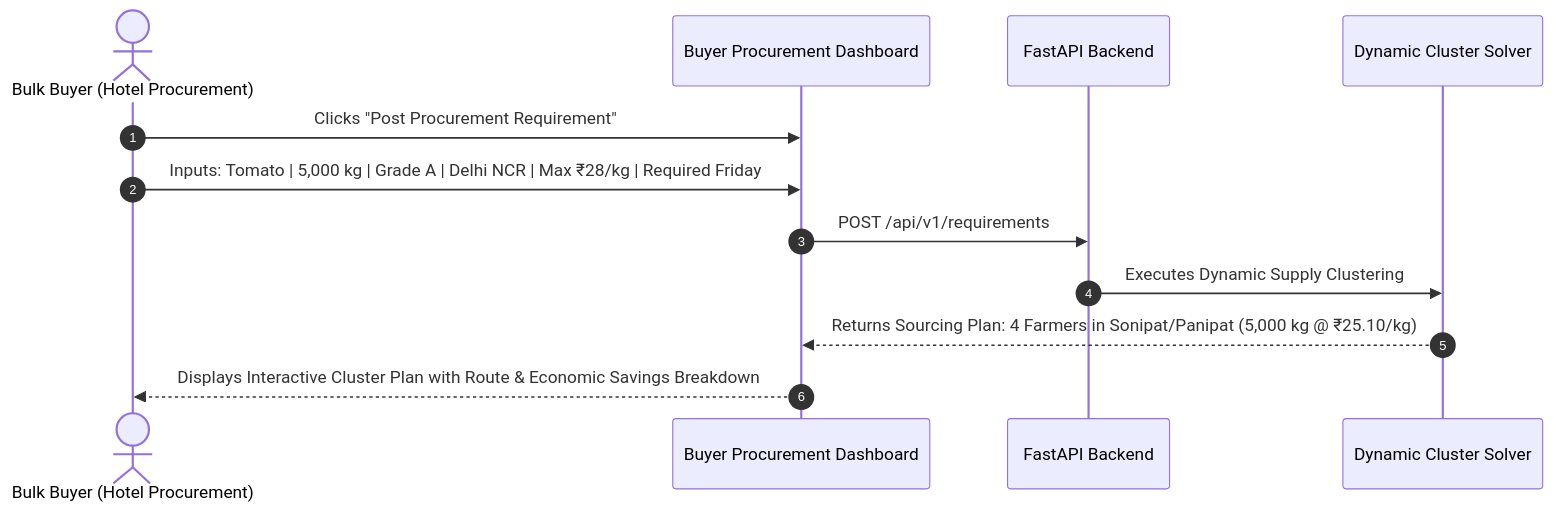
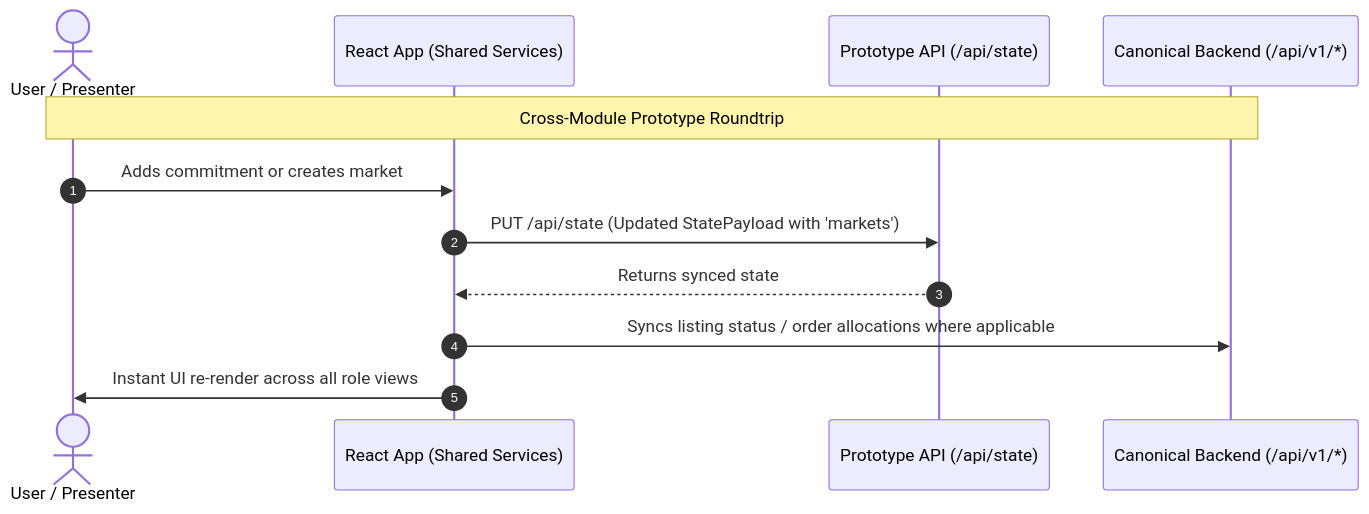
Before and after one commit to vanshbahl/KisanLink: the ninth of 9 diagrams in DOCS/FLOWS.md, drawn with Mermaid. The commit also changed other lines of this file and 11 other files, not shown here.

````diff
--- a/DOCS/FLOWS.md
+++ b/DOCS/FLOWS.md
@@ -276,15 +306,15 @@
 ```mermaid
 sequenceDiagram
     autonumber
-    actor B as Bulk Buyer (Hotel Procurement)
-    participant UI as Buyer Procurement Dashboard
-    participant API as FastAPI Backend
-    participant Solver as Dynamic Cluster Solver
+    actor Presenter as User / Presenter
+    participant Frontend as React App (Shared Services)
+    participant ProtoAPI as Prototype API (/api/state)
+    participant BackendAPI as Canonical Backend (/api/v1/*)
 
-    B->>UI: Clicks "Post Procurement Requirement"
-    B->>UI: Inputs: Tomato | 5,000 kg | Grade A | Delhi NCR | Max ₹28/kg | Required Friday
-    UI->>API: POST /api/v1/requirements
-    API->>Solver: Executes Dynamic Supply Clustering
-    Solver-->>UI: Returns Sourcing Plan: 4 Farmers in Sonipat/Panipat (5,000 kg @ ₹25.10/kg)
-    UI-->>B: Displays Interactive Cluster Plan with Route & Economic Savings Breakdown
+    Note over Presenter, BackendAPI: Cross-Module Prototype Roundtrip
+    Presenter->>Frontend: Adds commitment or creates market
+    Frontend->>ProtoAPI: PUT /api/state (Updated StatePayload with 'markets')
+    ProtoAPI-->>Frontend: Returns synced state
+    Frontend->>BackendAPI: Syncs listing status / order allocations where applicable
+    Frontend->>Presenter: Instant UI re-render across all role views
 ```
````
